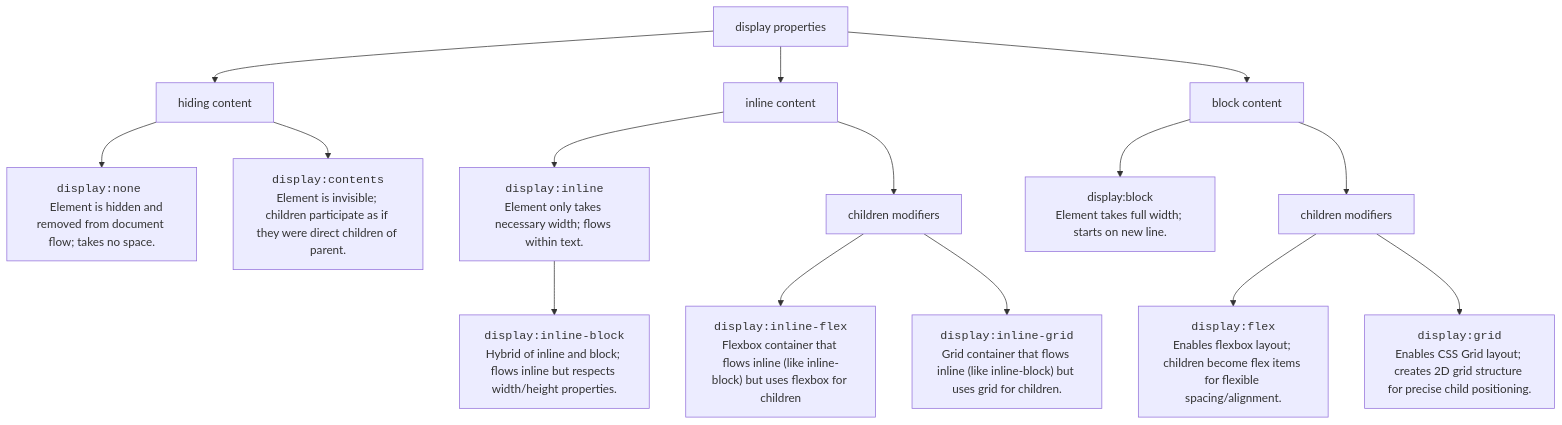
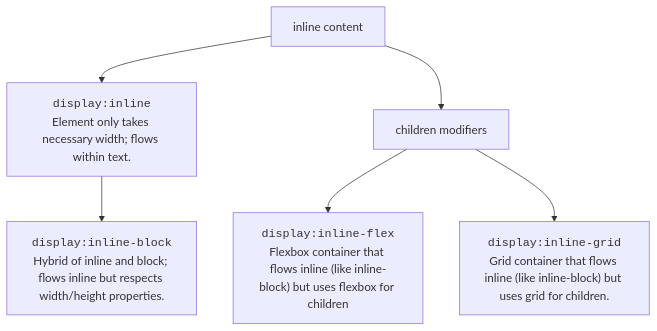
Before and after one commit to MaxwellCohen/cheat-sheets: the fourth of 5 diagrams in css/dispay.md, drawn with Mermaid. The commit also changed other lines of this file, not shown here.

Commit message:
Refactor display properties documentation for clarity and structure

````diff
--- a/css/dispay.md
+++ b/css/dispay.md
@@ -3,47 +63,16 @@
 ```mermaid
 graph TB;
-
-    A0["` display properties`"]
-
-    A["` hiding content`"]
     B["` inline content`"]
-    C["` block content`"]
-
-    A0 --> A
-    A0 --> B
-    A0 --> C
-
-
-    A --> A1["` <code>display:none</code>  
-    Element is hidden and removed from document flow; takes no space.`"]
-    A --> A2["` <code>display:contents</code>
-    Element is invisible; children participate as if they were direct children of parent.
-    `"]
-
     B --> B1["` <code>display:inline</code>
     Element only takes necessary width; flows within text. 
     `"]
     B1 --> B11["` <code>display:inline-block</code>
     Hybrid of inline and block; flows inline but respects width/height properties.`"]
     B --> B2["` children modifiers`"]
     B2 --> B21["` <code>display:inline-flex</code>
     Flexbox container that flows inline (like inline-block) but uses flexbox for children
     `"]
     B2 --> B22["` <code>display:inline-grid</code>
     Grid container that flows inline (like inline-block) but uses grid for children.
     `"]
-
-    C --> C1["` display:block
-    Element takes full width; starts on new line.
-    `"]
-    C --> C2["` children modifiers`"]
-    C2 --> C21["` <code>display:flex</code>
-    Enables flexbox layout; children become flex items for flexible spacing/alignment.
-    `"]
-    C2 --> C22["` <code>display:grid</code>
-    Enables CSS Grid layout; creates 2D grid structure for precise child positioning.
-    `"]
-
-
-
 ```
````
